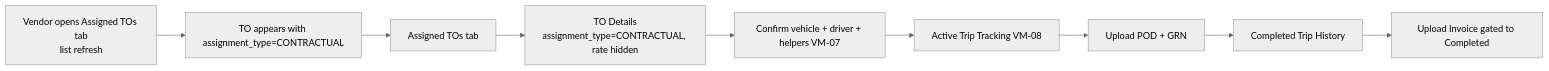
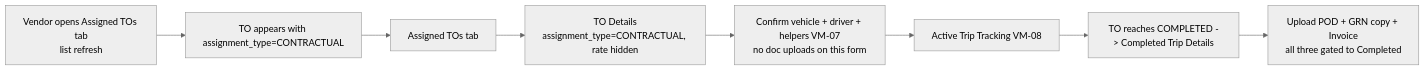
Before and after one commit to sbu-europe/dfms-naming-campaign: the second of 3 diagrams in 05-modules/09-mobile-apps/vendor-mobile/00-navigation-and-information-architecture.md, drawn with Mermaid (neutral theme). The commit also changed other lines of this file and 8 other files, not shown here.

````diff
--- a/05-modules/09-mobile-apps/vendor-mobile/00-navigation-and-information-architecture.md
+++ b/05-modules/09-mobile-apps/vendor-mobile/00-navigation-and-information-architecture.md
@@ -217,11 +219,10 @@
 ```mermaid
 flowchart LR
   REF[Vendor opens Assigned TOs tab<br/>list refresh] --> APP[TO appears with assignment_type=CONTRACTUAL]
   APP --> ATO[Assigned TOs tab]
   ATO --> AD[TO Details<br/>assignment_type=CONTRACTUAL, rate hidden]
-  AD --> VM7[Confirm vehicle + driver + helpers VM-07]
+  AD --> VM7[Confirm vehicle + driver + helpers VM-07<br/>no doc uploads on this form]
   VM7 --> TRIP[Active Trip Tracking VM-08]
-  TRIP --> POD[Upload POD + GRN]
-  POD --> COMP[Completed Trip History]
-  COMP --> INV[Upload Invoice gated to Completed]
+  TRIP --> COMP[TO reaches COMPLETED -> Completed Trip Details]
+  COMP --> UP[Upload POD + GRN copy + Invoice<br/>all three gated to Completed]
 ```
````
